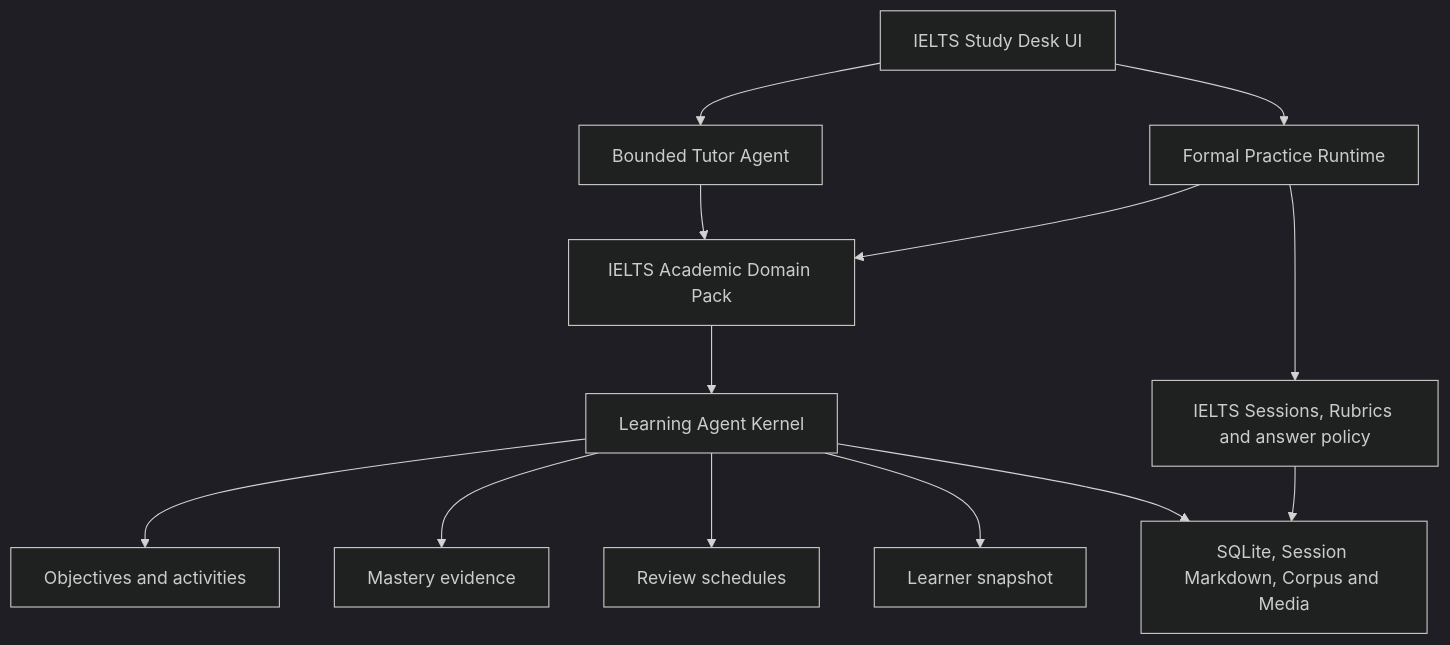
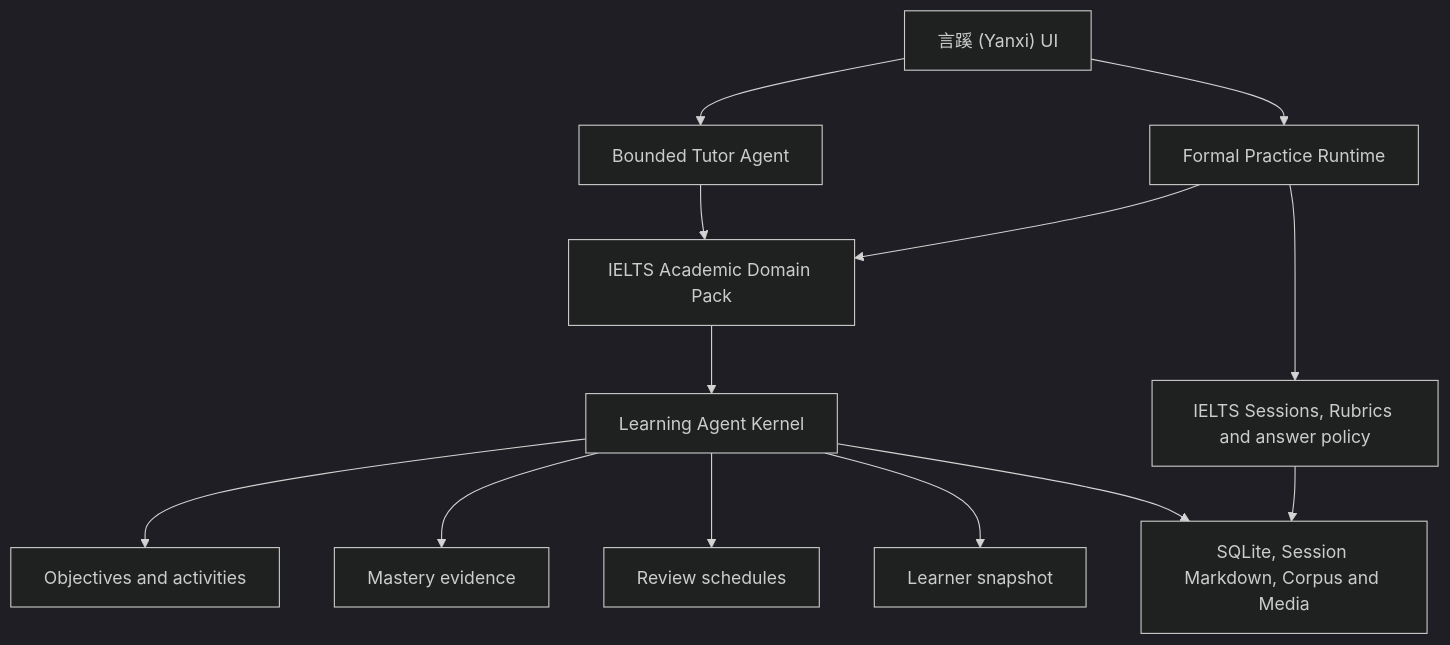
One commit to QCYTSN/yanxi-english-learning-agent changed the diagram in docs/LEARNING_AGENT_KERNEL.md. Above: the diagram before and after it, drawn with Mermaid (dark theme). The commit also changed 121 other files, not shown here.

````diff
--- a/docs/LEARNING_AGENT_KERNEL.md
+++ b/docs/LEARNING_AGENT_KERNEL.md
@@ -16,18 +16,18 @@
 ```mermaid
 flowchart TD
-    UI["IELTS Study Desk UI"] --> TUTOR["Bounded Tutor Agent"]
+    UI["言蹊 (Yanxi) UI"] --> TUTOR["Bounded Tutor Agent"]
     UI --> PRACTICE["Formal Practice Runtime"]
 
     TUTOR --> PACK["IELTS Academic Domain Pack"]
     PRACTICE --> PACK
     PACK --> KERNEL["Learning Agent Kernel"]
 
     KERNEL --> OBJECTIVES["Objectives and activities"]
     KERNEL --> EVIDENCE["Mastery evidence"]
     KERNEL --> REVIEWS["Review schedules"]
     KERNEL --> SNAPSHOT["Learner snapshot"]
 
     PRACTICE --> IELTS["IELTS Sessions, Rubrics and answer policy"]
     IELTS --> DATA["SQLite, Session Markdown, Corpus and Media"]
     KERNEL --> DATA
 ```
````
